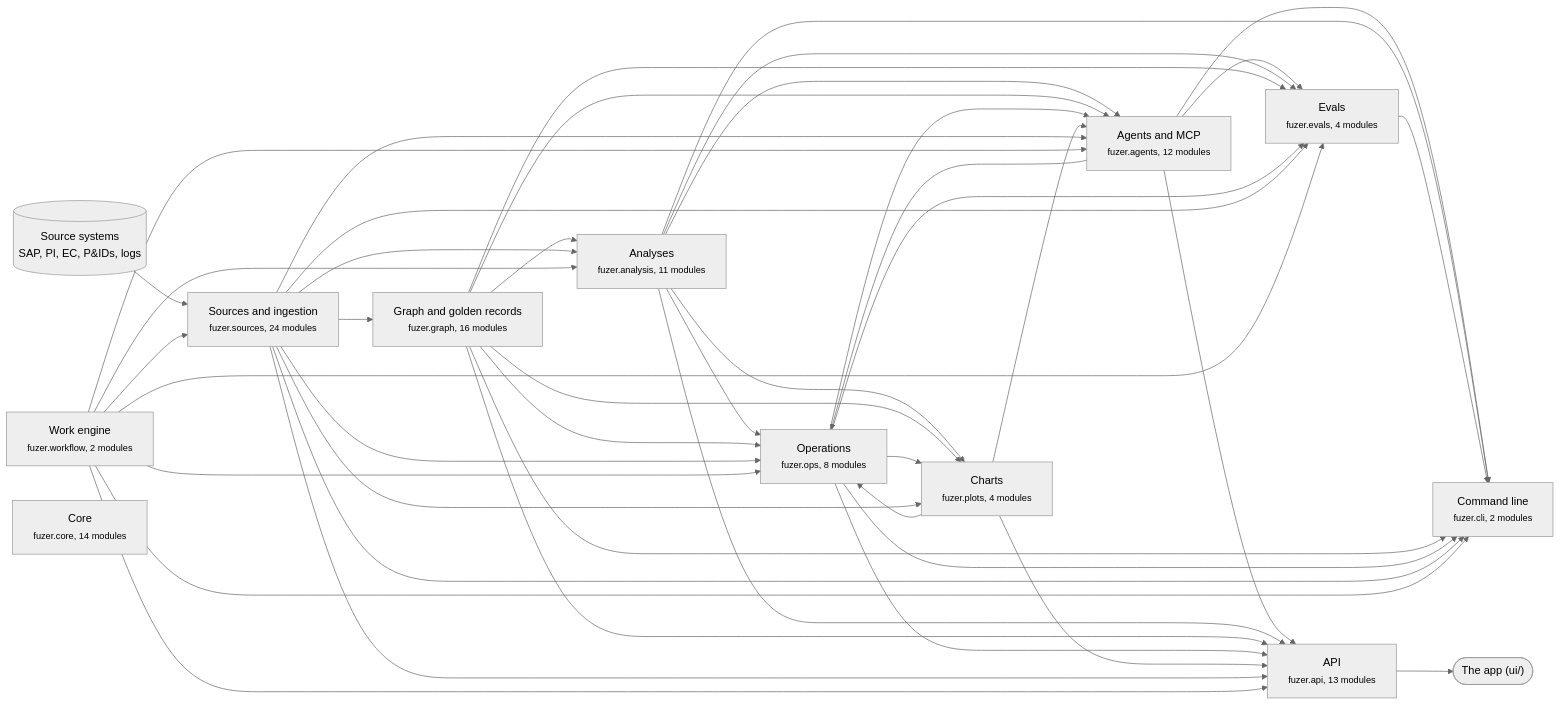
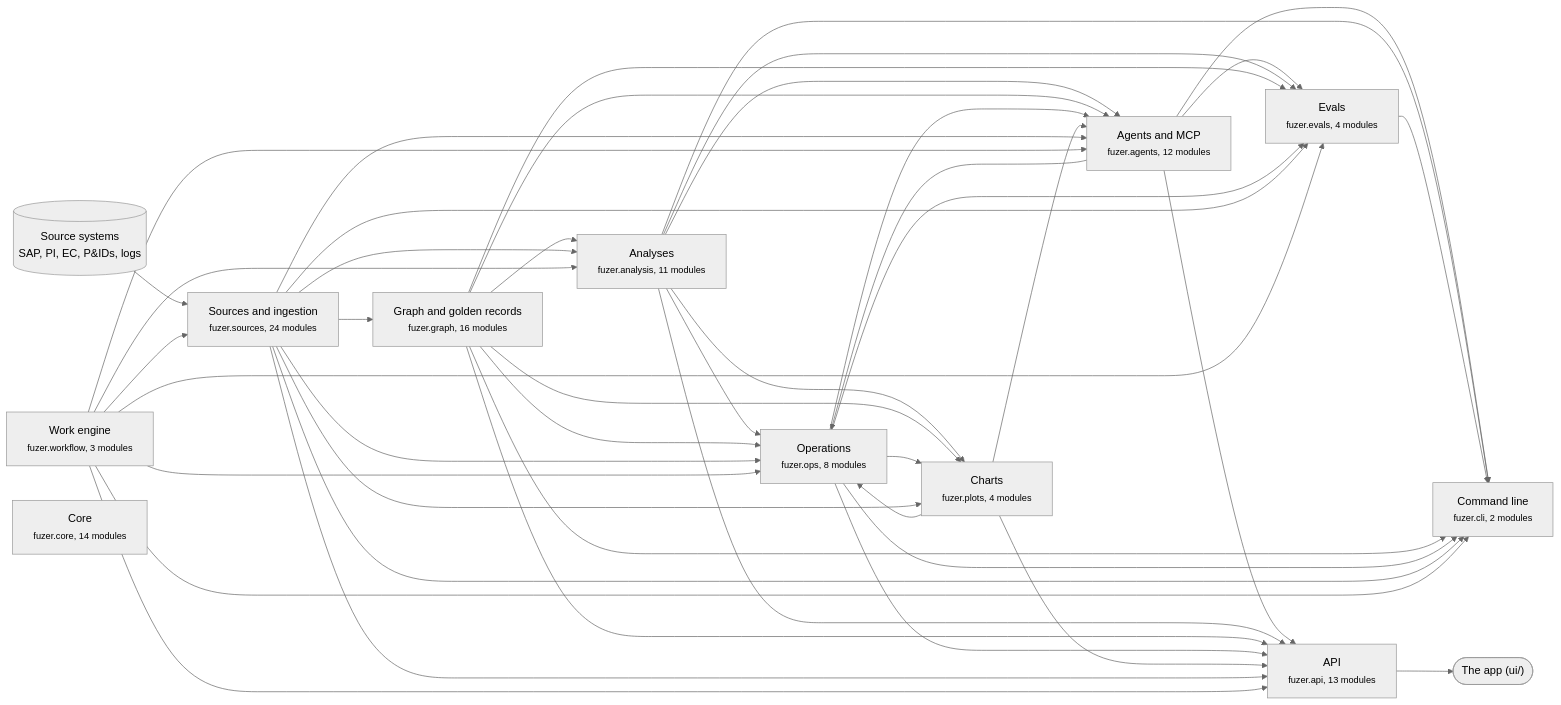
One commit to areed145/fuzer changed the first of 3 diagrams in docs/architecture.md. Above: the diagram before and after it, drawn with Mermaid (neutral theme). The commit also changed other lines of this file and 9 other files, not shown here.

````diff
--- a/docs/architecture.md
+++ b/docs/architecture.md
@@ -8,69 +8,69 @@
 ```mermaid
 flowchart LR
   systems[("Source systems<br>SAP, PI, EC, P&IDs, logs")] --> c_sources
   app(["The app (ui/)"])
   c_api --> app
   c_sources["Sources and ingestion<br><small>fuzer.sources, 24 modules</small>"]
   c_graph["Graph and golden records<br><small>fuzer.graph, 16 modules</small>"]
   c_analysis["Analyses<br><small>fuzer.analysis, 11 modules</small>"]
   c_ops["Operations<br><small>fuzer.ops, 8 modules</small>"]
   c_plots["Charts<br><small>fuzer.plots, 4 modules</small>"]
-  c_workflow["Work engine<br><small>fuzer.workflow, 2 modules</small>"]
+  c_workflow["Work engine<br><small>fuzer.workflow, 3 modules</small>"]
   c_agents["Agents and MCP<br><small>fuzer.agents, 12 modules</small>"]
   c_evals["Evals<br><small>fuzer.evals, 4 modules</small>"]
   c_api["API<br><small>fuzer.api, 13 modules</small>"]
   c_cli["Command line<br><small>fuzer.cli, 2 modules</small>"]
   c_core["Core<br><small>fuzer.core, 14 modules</small>"]
   c_workflow --> c_sources
   c_sources --> c_graph
   c_graph --> c_analysis
   c_sources --> c_analysis
   c_workflow --> c_analysis
   c_agents --> c_ops
   c_analysis --> c_ops
   c_graph --> c_ops
   c_plots --> c_ops
   c_sources --> c_ops
   c_workflow --> c_ops
   c_analysis --> c_plots
   c_graph --> c_plots
   c_ops --> c_plots
   c_sources --> c_plots
   c_analysis --> c_agents
   c_graph --> c_agents
   c_ops --> c_agents
   c_plots --> c_agents
   c_sources --> c_agents
   c_workflow --> c_agents
   c_agents --> c_evals
   c_analysis --> c_evals
   c_graph --> c_evals
   c_ops --> c_evals
   c_sources --> c_evals
   c_workflow --> c_evals
   c_agents --> c_api
   c_analysis --> c_api
   c_graph --> c_api
   c_ops --> c_api
   c_plots --> c_api
   c_sources --> c_api
   c_workflow --> c_api
   c_agents --> c_cli
   c_analysis --> c_cli
   c_evals --> c_cli
   c_graph --> c_cli
   c_ops --> c_cli
   c_sources --> c_cli
   c_workflow --> c_cli
   click c_sources "https://github.com/areed145/fuzer/tree/main/src/fuzer/sources"
   click c_graph "https://github.com/areed145/fuzer/tree/main/src/fuzer/graph"
   click c_analysis "https://github.com/areed145/fuzer/tree/main/src/fuzer/analysis"
   click c_ops "https://github.com/areed145/fuzer/tree/main/src/fuzer/ops"
   click c_plots "https://github.com/areed145/fuzer/tree/main/src/fuzer/plots"
   click c_workflow "https://github.com/areed145/fuzer/tree/main/src/fuzer/workflow"
   click c_agents "https://github.com/areed145/fuzer/tree/main/src/fuzer/agents"
   click c_evals "https://github.com/areed145/fuzer/tree/main/src/fuzer/evals"
   click c_api "https://github.com/areed145/fuzer/tree/main/src/fuzer/api"
   click c_cli "https://github.com/areed145/fuzer/tree/main/src/fuzer/cli"
   click c_core "https://github.com/areed145/fuzer/tree/main/src/fuzer/core"
 ```
````
